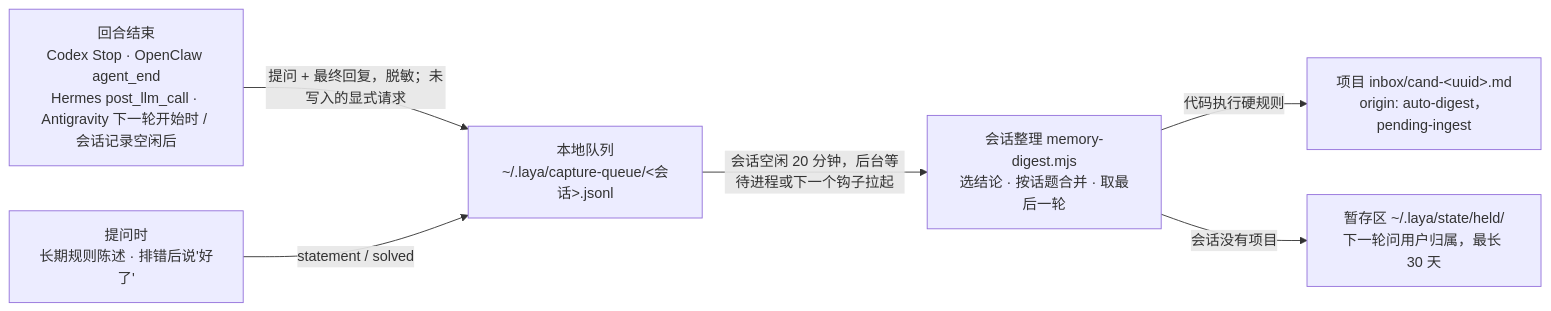
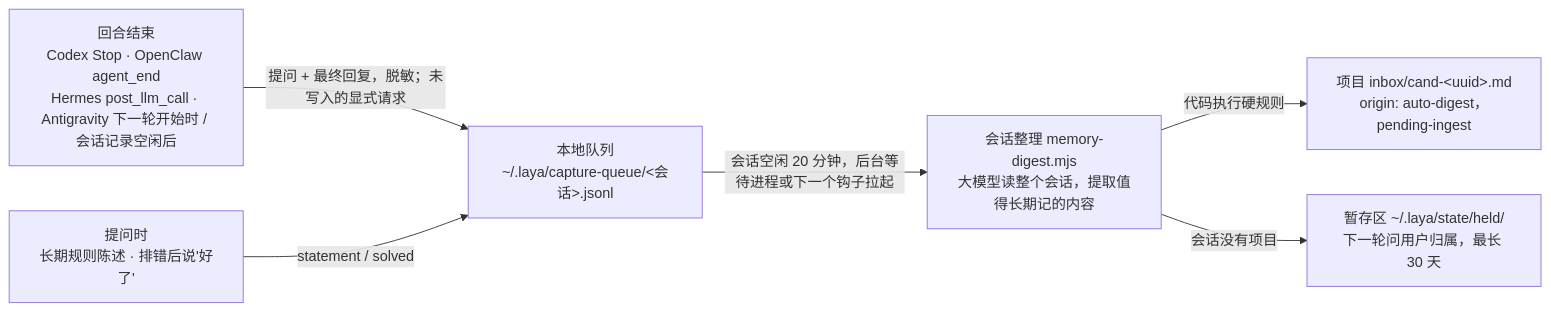
Before and after one commit to annual30k/obsidian-memory-plugin: the second of 2 diagrams in ARCHITECTURE.md, drawn with Mermaid. The commit also changed other lines of this file and 10 other files, not shown here.

````diff
--- a/ARCHITECTURE.md
+++ b/ARCHITECTURE.md
@@ -42,8 +42,8 @@
 ```mermaid
 flowchart LR
   T["回合结束<br/>Codex Stop · OpenClaw agent_end<br/>Hermes post_llm_call · Antigravity 下一轮开始时 / 会话记录空闲后"] -->|提问 + 最终回复，脱敏；未写入的显式请求| Q["本地队列<br/>~/.laya/capture-queue/&lt;会话&gt;.jsonl"]
   P["提问时<br/>长期规则陈述 · 排错后说'好了'"] -->|statement / solved| Q
-  Q -->|会话空闲 20 分钟，后台等待进程或下一个钩子拉起| D["会话整理 memory-digest.mjs<br/>选结论 · 按话题合并 · 取最后一轮"]
+  Q -->|会话空闲 20 分钟，后台等待进程或下一个钩子拉起| D["会话整理 memory-digest.mjs<br/>大模型读整个会话，提取值得长期记的内容"]
   D -->|代码执行硬规则| I["项目 inbox/cand-&lt;uuid&gt;.md<br/>origin: auto-digest，pending-ingest"]
   D -->|会话没有项目| H["暂存区 ~/.laya/state/held/<br/>下一轮问用户归属，最长 30 天"]
 ```
````
